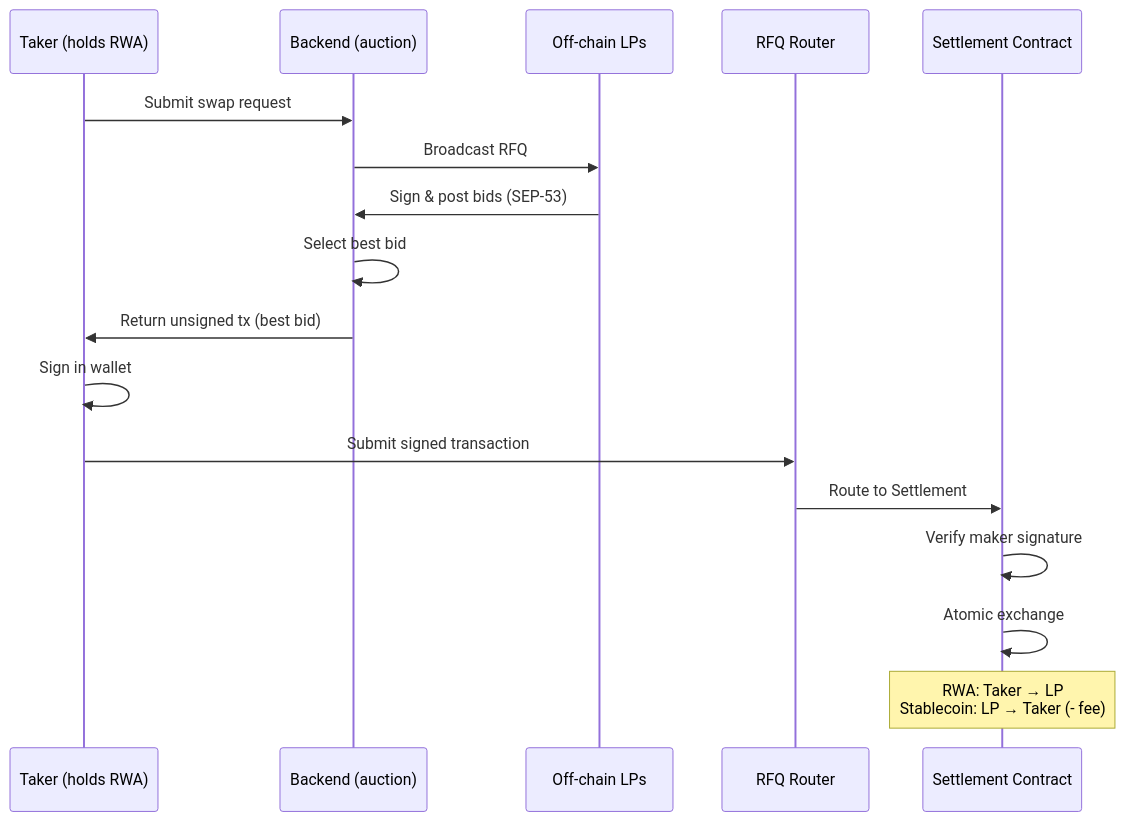
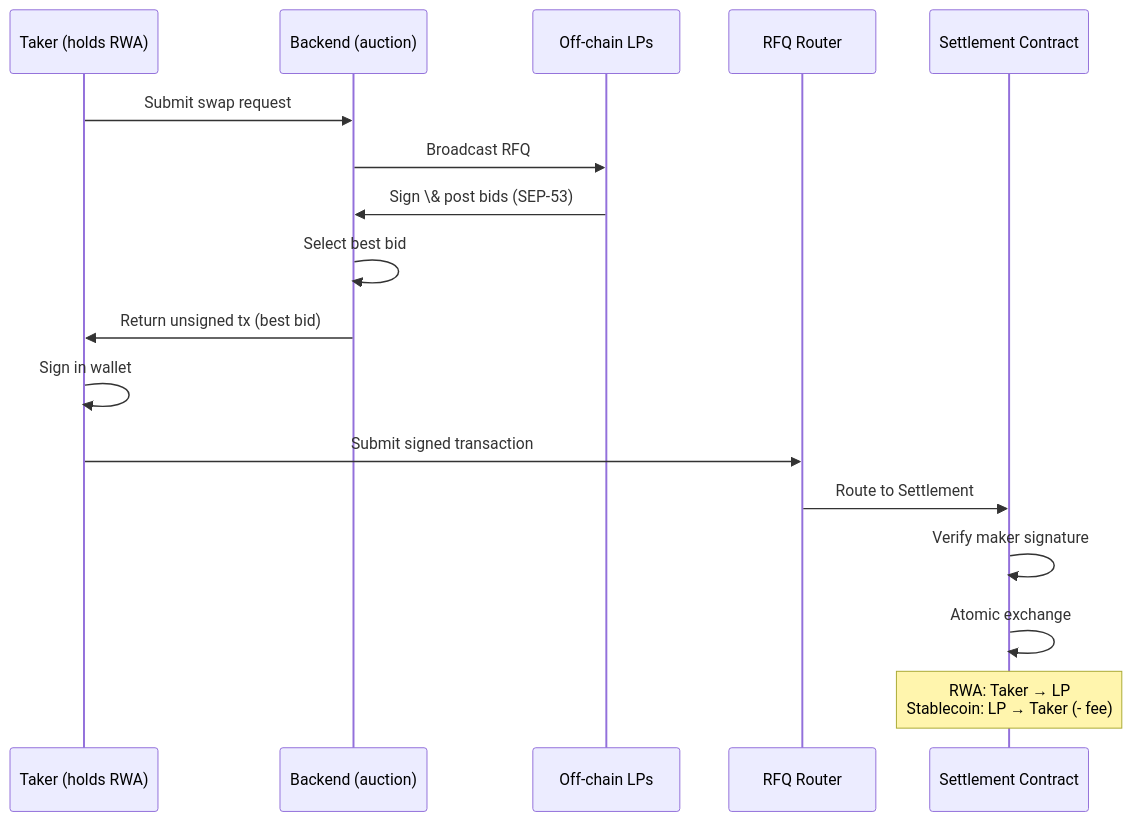
The fifth of 9 diagrams in docs/TECHNICAL_ARCHITECTURE.md (mystic-finance/Stellar-RFQ), drawn with Mermaid before and after one commit. The commit also changed other lines of this file, not shown here.

````diff
--- a/docs/TECHNICAL_ARCHITECTURE.md
+++ b/docs/TECHNICAL_ARCHITECTURE.md
@@ -830,20 +769,20 @@
 ```mermaid
 sequenceDiagram
     participant T as Taker (holds RWA)
     participant B as Backend (auction)
     participant LP as Off-chain LPs
     participant R as RFQ Router
     participant S as Settlement Contract
 
     T->>B: Submit swap request
     B->>LP: Broadcast RFQ
-    LP->>B: Sign & post bids (SEP-53)
+    LP->>B: Sign \& post bids (SEP-53)
     B->>B: Select best bid
     B->>T: Return unsigned tx (best bid)
     T->>T: Sign in wallet
     T->>R: Submit signed transaction
     R->>S: Route to Settlement
     S->>S: Verify maker signature
     S->>S: Atomic exchange
     Note over S: RWA: Taker → LP<br/>Stablecoin: LP → Taker (- fee)
 ```
````
